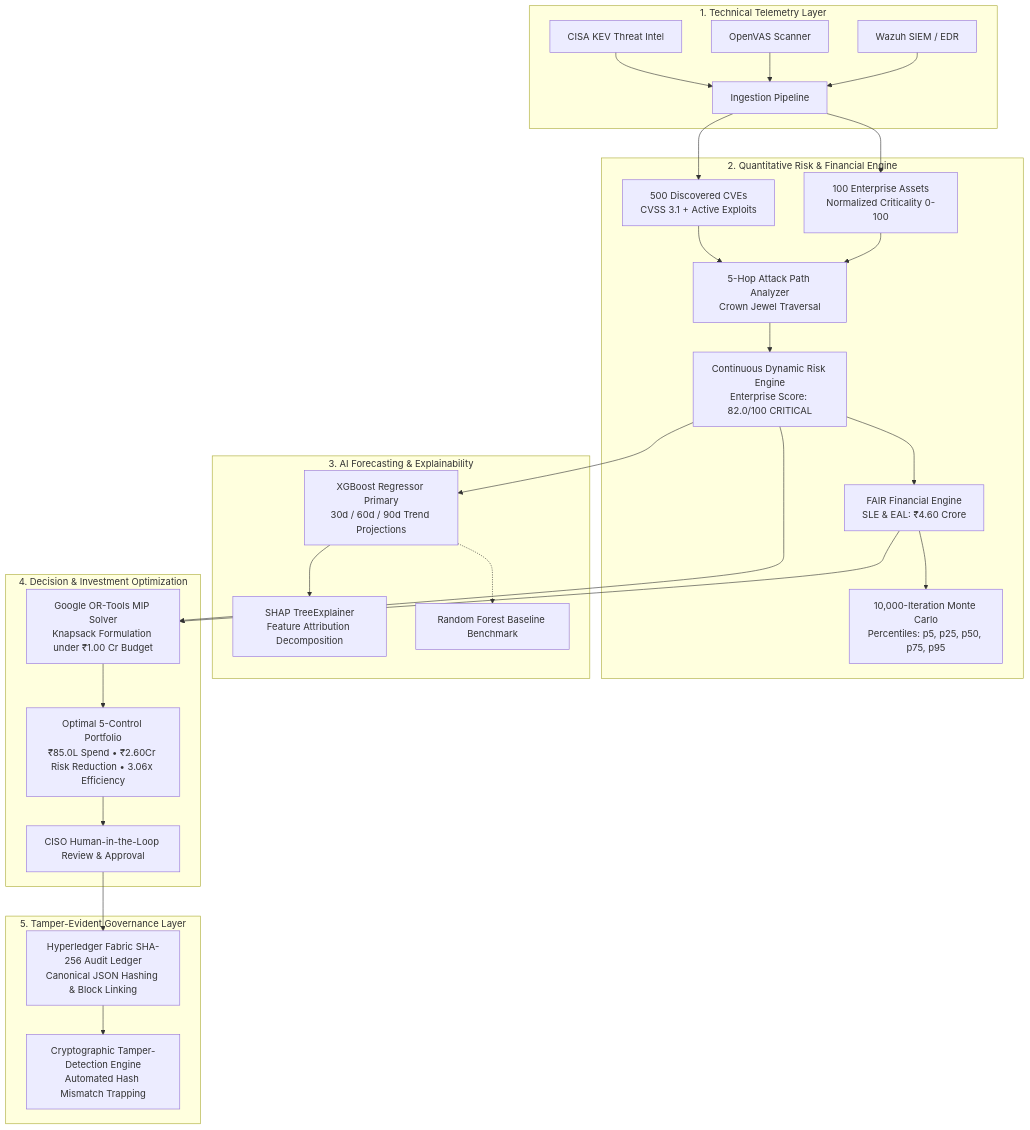
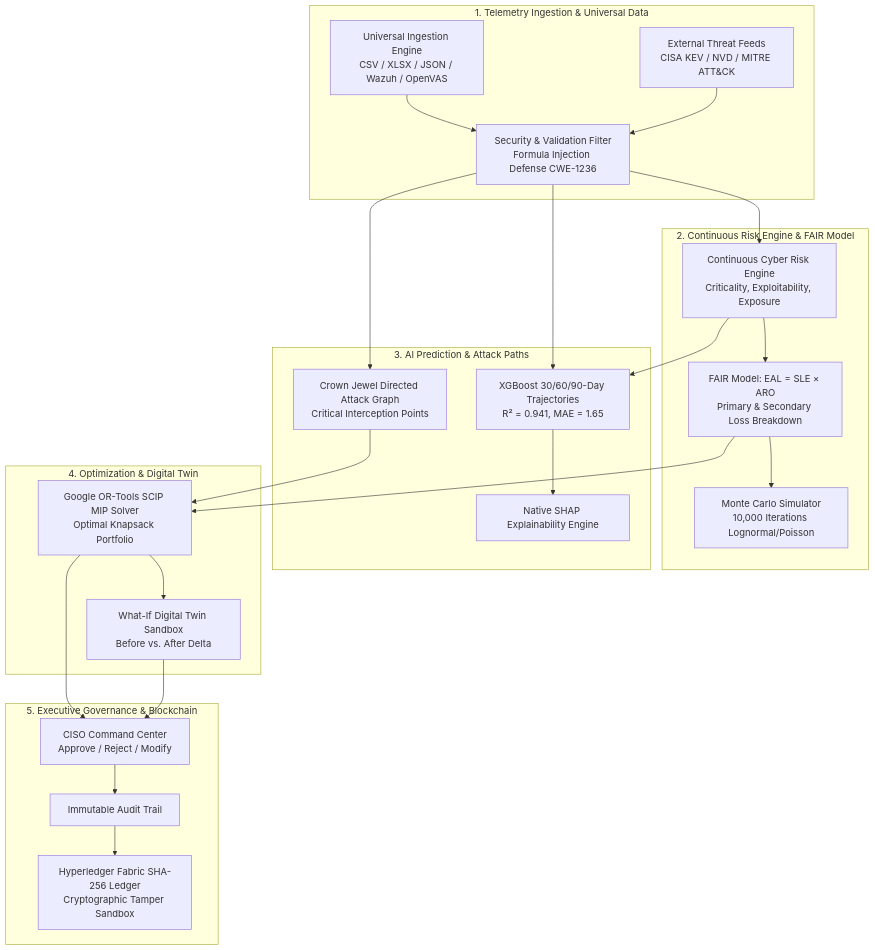
One commit to jeebfb/SIH-Project changed the diagram in README.md. Above: the diagram before and after it, drawn with Mermaid. The commit also changed other lines of this file and 19 other files, not shown here.

````diff
--- a/README.md
+++ b/README.md
@@ -27,34 +37,30 @@
 ```mermaid
 graph TD
-    subgraph "1. Technical Telemetry Layer"
-        W[Wazuh SIEM / EDR] --> Ingest[Ingestion Pipeline]
-        O[OpenVAS Scanner] --> Ingest
-        C[CISA KEV Threat Intel] --> Ingest
+    subgraph "1. Telemetry Ingestion & Universal Data"
+        DS[Universal Ingestion Engine<br/>CSV / XLSX / JSON / Wazuh / OpenVAS] --> Val[Security & Validation Filter<br/>Formula Injection Defense CWE-1236]
+        Feed[External Threat Feeds<br/>CISA KEV / NVD / MITRE ATT&CK] --> Val
     end
 
-    subgraph "2. Quantitative Risk & Financial Engine"
-        Ingest --> AssetInv[100 Enterprise Assets<br/>Normalized Criticality 0-100]
-        Ingest --> VulnMgmt[500 Discovered CVEs<br/>CVSS 3.1 + Active Exploits]
-        AssetInv & VulnMgmt --> Graph[5-Hop Attack Path Analyzer<br/>Crown Jewel Traversal]
-        Graph --> RiskScore[Continuous Dynamic Risk Engine<br/>Enterprise Score: 82.0/100 CRITICAL]
-        RiskScore --> FAIR[FAIR Financial Engine<br/>SLE & EAL: ₹4.60 Crore]
-        FAIR --> MonteCarlo[10,000-Iteration Monte Carlo<br/>Percentiles: p5, p25, p50, p75, p95]
+    subgraph "2. Continuous Risk Engine & FAIR Model"
+        Val --> RiskEng[Continuous Cyber Risk Engine<br/>Criticality, Exploitability, Exposure]
+        RiskEng --> FAIR[FAIR Model: EAL = SLE × ARO<br/>Primary & Secondary Loss Breakdown]
+        FAIR --> MC[Monte Carlo Simulator<br/>10,000 Iterations Lognormal/Poisson]
     end
 
-    subgraph "3. AI Forecasting & Explainability"
-        RiskScore --> XGB[XGBoost Regressor Primary<br/>30d / 60d / 90d Trend Projections]
-        XGB --> SHAP[SHAP TreeExplainer<br/>Feature Attribution Decomposition]
-        XGB -.-> RF[Random Forest Baseline Benchmark]
+    subgraph "3. AI Prediction & Attack Paths"
+        Val & RiskEng --> XGB[XGBoost 30/60/90-Day Trajectories<br/>R² = 0.941, MAE = 1.65]
+        XGB --> SHAP[Native SHAP Explainability Engine]
+        Val --> Graph[Crown Jewel Directed Attack Graph<br/>Critical Interception Points]
     end
 
-    subgraph "4. Decision & Investment Optimization"
-        FAIR & RiskScore --> ORTools[Google OR-Tools MIP Solver<br/>Knapsack Formulation under ₹1.00 Cr Budget]
-        ORTools --> Portfolio[Optimal 5-Control Portfolio<br/>₹85.0L Spend • ₹2.60Cr Risk Reduction • 3.06x Efficiency]
-        Portfolio --> CISO[CISO Human-in-the-Loop Review & Approval]
+    subgraph "4. Optimization & Digital Twin"
+        FAIR & Graph --> Solver[Google OR-Tools SCIP MIP Solver<br/>Optimal Knapsack Portfolio]
+        Solver --> Twin[What-If Digital Twin Sandbox<br/>Before vs. After Delta]
     end
 
-    subgraph "5. Tamper-Evident Governance Layer"
-        CISO --> Ledger[Hyperledger Fabric SHA-256 Audit Ledger<br/>Canonical JSON Hashing & Block Linking]
-        Ledger --> Verify[Cryptographic Tamper-Detection Engine<br/>Automated Hash Mismatch Trapping]
+    subgraph "5. Executive Governance & Blockchain"
+        Solver & Twin --> CISO[CISO Command Center<br/>Approve / Reject / Modify]
+        CISO --> Audit[Immutable Audit Trail]
+        Audit --> Fabric[Hyperledger Fabric SHA-256 Ledger<br/>Cryptographic Tamper Sandbox]
     end
 ```
````
